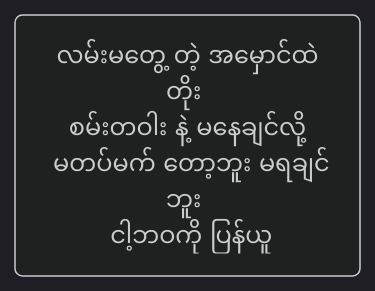
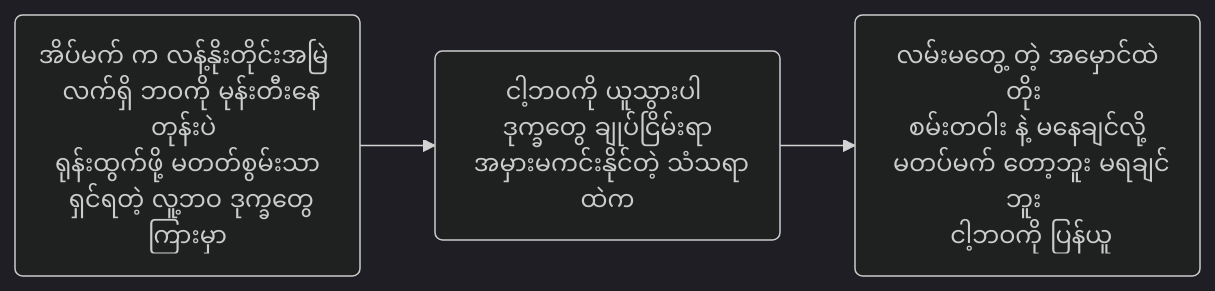
Before and after one commit to AungMyoKyaw/aungmyokyaw: the diagram in readme.md, drawn with Mermaid (dark theme).

````diff
--- a/readme.md
+++ b/readme.md
@@ -27,4 +27,4 @@
 ```mermaid
 flowchart LR
-A("လမ်းမတွေ့ တဲ့ အမှောင်ထဲတိုး </br> စမ်းတဝါး နဲ့ မနေချင်လို့ </br> မတပ်မက် တော့ဘူး မရချင်ဘူး </br> ငါ့ဘဝကို ပြန်ယူ ")
+A("အိပ်မက် က လန့်နိုးတိုင်းအမြဲ </br> လက်ရှိ ဘဝကို မုန်းတီးနေတုန်းပဲ </br> ရုန်းထွက်ဖို့ မတတ်စွမ်းသာ </br> ရှင်ရတဲ့ လူ့ဘဝ ဒုက္ခတွေကြားမှာ")--> A2("ငါ့ဘဝကို ယူသွားပါ </br> ဒုက္ခတွေ ချုပ်ငြိမ်းရာ </br> အမှားမကင်းနိုင်တဲ့ သံသရာထဲက") --> A3("လမ်းမတွေ့ တဲ့ အမှောင်ထဲတိုး </br> စမ်းတဝါး နဲ့ မနေချင်လို့ </br> မတပ်မက် တော့ဘူး မရချင်ဘူး </br> ငါ့ဘဝကို ပြန်ယူ")
 ```
````
